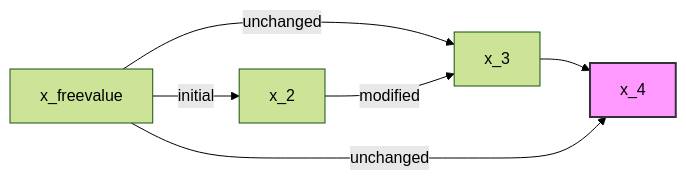
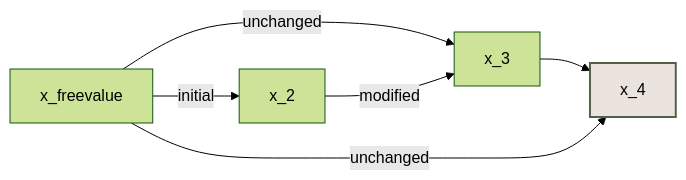
Before and after one commit to yaklang/ssa.to: the sixth of 7 diagrams in static-analysis-guide/deep-dive-into-ssa-closure.mdx, drawn with Mermaid (forest theme). The commit also changed other lines of this file and 91 other files, not shown here.

````diff
--- a/static-analysis-guide/deep-dive-into-ssa-closure.mdx
+++ b/static-analysis-guide/deep-dive-into-ssa-closure.mdx
@@ -1174,15 +1182,15 @@
 ```mermaid
 graph LR
     A["x_freevalue"]
     B["x_2"]
     C["x_3"]
     D["x_4"]
     
     A -->|"initial"| B
     A -->|"unchanged"| C
     B -->|"modified"| C
     C --> D
     A -->|"unchanged"| D
     
-    style D fill:#f9f,stroke:#333,stroke-width:2px
+    style D fill:#ebe3dd,stroke:#52604c,stroke-width:2px
 ```
````
